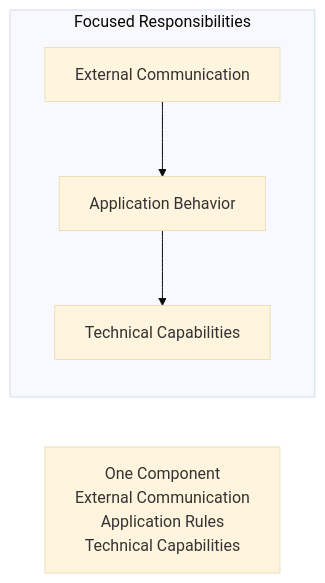
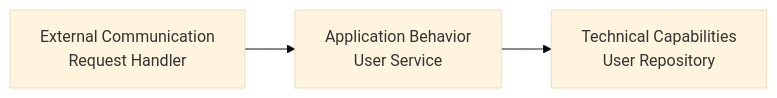
Before and after one commit to Rokiis1/Teaching-Materia: diagram 12 of 13 in docs/en/software_architecture/architecture_fundamentals/1_level/1_level_architecture_fundamentals.md, drawn with Mermaid (base theme). The commit also changed other lines of this file and 1 other file, not shown here.

````diff
--- a/docs/en/software_architecture/architecture_fundamentals/1_level/1_level_architecture_fundamentals.md
+++ b/docs/en/software_architecture/architecture_fundamentals/1_level/1_level_architecture_fundamentals.md
@@ -87,13 +148,6 @@
 ```mermaid
 flowchart LR
-    M["One Component<br/>External Communication<br/>Application Rules<br/>Technical Capabilities"]
-
-    subgraph Separated["Focused Responsibilities"]
-        D["External Communication"]
-        E["Application Behavior"]
-        F["Technical Capabilities"]
-    end
-
-    D --> E
-    E --> F
+    A["External Communication<br/>Request Handler"]
+    --> B["Application Behavior<br/>User Service"]
+    --> C["Technical Capabilities<br/>User Repository"]
 ```
````
